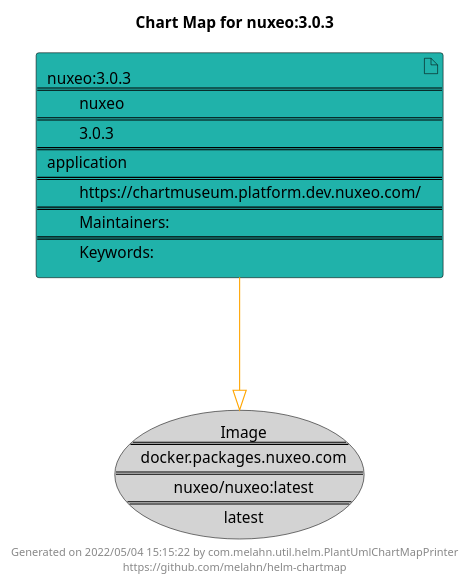
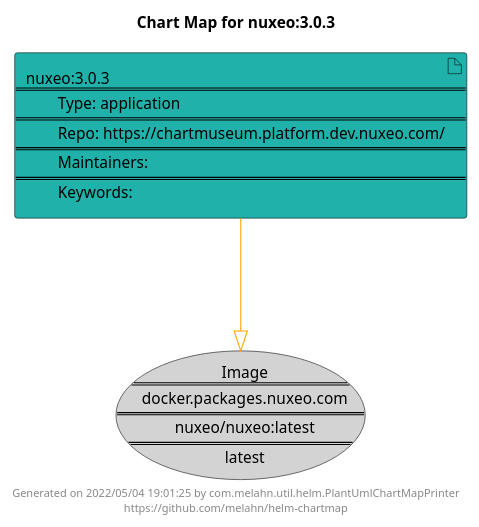
One commit to melahn/helm-chartmap changed the diagram in docs/nuxeo/nuxeo-3.0.3.puml. Above: the diagram before and after it, drawn with PlantUML. The commit also changed 54 other files, not shown here.

Commit message:
Update Example Chart Maps as part of GitHub build

```diff
--- a/docs/nuxeo/nuxeo-3.0.3.puml
+++ b/docs/nuxeo/nuxeo-3.0.3.puml
@@ -1,21 +1,21 @@
 @startuml
 skinparam linetype ortho
 skinparam backgroundColor white
 skinparam usecaseBorderColor black
 skinparam usecaseArrowColor LightSlateGray
 skinparam artifactBorderColor black
 skinparam artifactArrowColor LightSlateGray
 
 title Chart Map for nuxeo:3.0.3
 
 'There is one referenced Helm Chart
-artifact "nuxeo:3.0.3\n====\n\tnuxeo\n====\n\t3.0.3\n====\napplication\n====\n\thttps://chartmuseum.platform.dev.nuxeo.com/\n====\n\tMaintainers: \n====\n\tKeywords: " as nuxeo_3_0_3 #LightSeaGreen
+artifact "nuxeo:3.0.3\n====\n\tType: application\n====\n\tRepo: https://chartmuseum.platform.dev.nuxeo.com/\n====\n\tMaintainers: \n====\n\tKeywords: " as nuxeo_3_0_3 #LightSeaGreen
 
 'There is one referenced Docker Image
 usecase "Image\n====\ndocker.packages.nuxeo.com\n====\nnuxeo/nuxeo:latest\n====\nlatest" as docker_packages_nuxeo_com_nuxeo_nuxeo_latest #LightGray
 
 'Chart Dependencies
 nuxeo_3_0_3--[#orange]-|>docker_packages_nuxeo_com_nuxeo_nuxeo_latest
 
-center footer Generated on 2022/05/04 15:15:22 by com.melahn.util.helm.PlantUmlChartMapPrinter\nhttps://github.com/melahn/helm-chartmap
+center footer Generated on 2022/05/04 19:01:25 by com.melahn.util.helm.PlantUmlChartMapPrinter\nhttps://github.com/melahn/helm-chartmap
 @enduml
```
